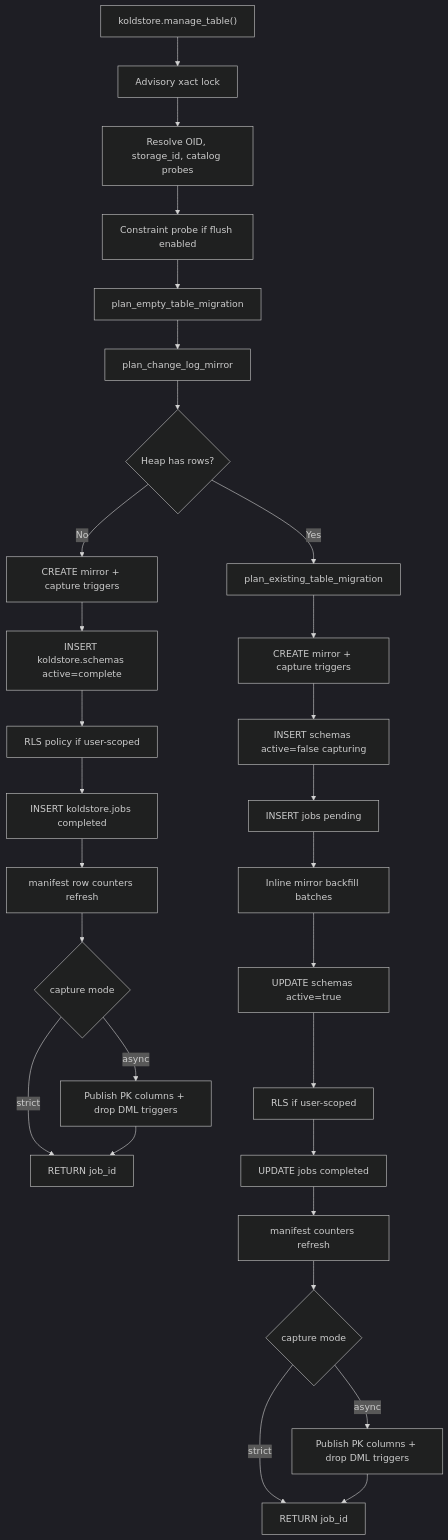
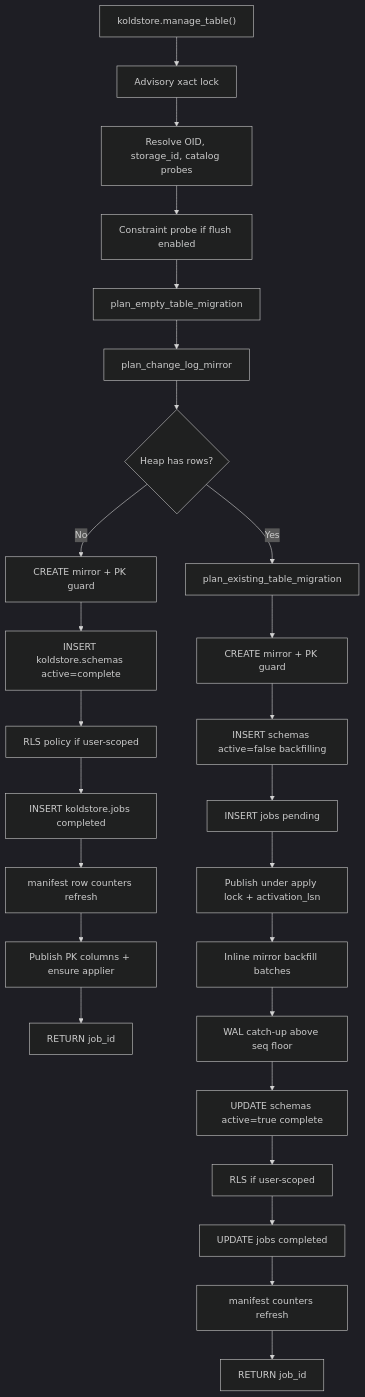
One commit to kalamdb/koldstore changed the diagram in docs/architecture/manage-table.md. Above: the diagram before and after it, drawn with Mermaid (dark theme). The commit also changed other lines of this file and 44 other files, not shown here.

First line of the commit message:
Ship changes_since last_rows rewind and harden WAL-only change-feed coverage.

````diff
--- a/docs/architecture/manage-table.md
+++ b/docs/architecture/manage-table.md
@@ -19,33 +19,30 @@
 ```mermaid
 flowchart TD
   SQL["koldstore.manage_table()"] --> Lock["Advisory xact lock"]
   Lock --> Resolve["Resolve OID, storage_id, catalog probes"]
   Resolve --> Validate["Constraint probe if flush enabled"]
   Validate --> Plan["plan_empty_table_migration"]
   Plan --> Mirror["plan_change_log_mirror"]
   Mirror --> Rows{Heap has rows?}
 
-  Rows -->|No| CreateE["CREATE mirror + capture triggers"]
+  Rows -->|No| CreateE["CREATE mirror + PK guard"]
   CreateE --> SchemaE["INSERT koldstore.schemas active=complete"]
   SchemaE --> ScopeE["RLS policy if user-scoped"]
   ScopeE --> JobE["INSERT koldstore.jobs completed"]
   JobE --> CountersE["manifest row counters refresh"]
-  CountersE --> CaptureE{"capture mode"}
-  CaptureE -->|strict| DoneE["RETURN job_id"]
-  CaptureE -->|async| SwitchE["Publish PK columns + drop DML triggers"]
-  SwitchE --> DoneE
+  CountersE --> PubE["Publish PK columns + ensure applier"]
+  PubE --> DoneE["RETURN job_id"]
 
   Rows -->|Yes| PlanExist["plan_existing_table_migration"]
-  PlanExist --> CreateP["CREATE mirror + capture triggers"]
-  CreateP --> SchemaP["INSERT schemas active=false capturing"]
+  PlanExist --> CreateP["CREATE mirror + PK guard"]
+  CreateP --> SchemaP["INSERT schemas active=false backfilling"]
   SchemaP --> JobP["INSERT jobs pending"]
-  JobP --> Backfill["Inline mirror backfill batches"]
-  Backfill --> Activate["UPDATE schemas active=true"]
+  JobP --> PubP["Publish under apply lock + activation_lsn"]
+  PubP --> Backfill["Inline mirror backfill batches"]
+  Backfill --> Catchup["WAL catch-up above seq floor"]
+  Catchup --> Activate["UPDATE schemas active=true complete"]
   Activate --> ScopeP["RLS if user-scoped"]
   ScopeP --> JobDoneP["UPDATE jobs completed"]
   JobDoneP --> CountersP["manifest counters refresh"]
-  CountersP --> CaptureP{"capture mode"}
-  CaptureP -->|strict| DoneP["RETURN job_id"]
-  CaptureP -->|async| SwitchP["Publish PK columns + drop DML triggers"]
-  SwitchP --> DoneP
+  CountersP --> DoneP["RETURN job_id"]
 ```
````
